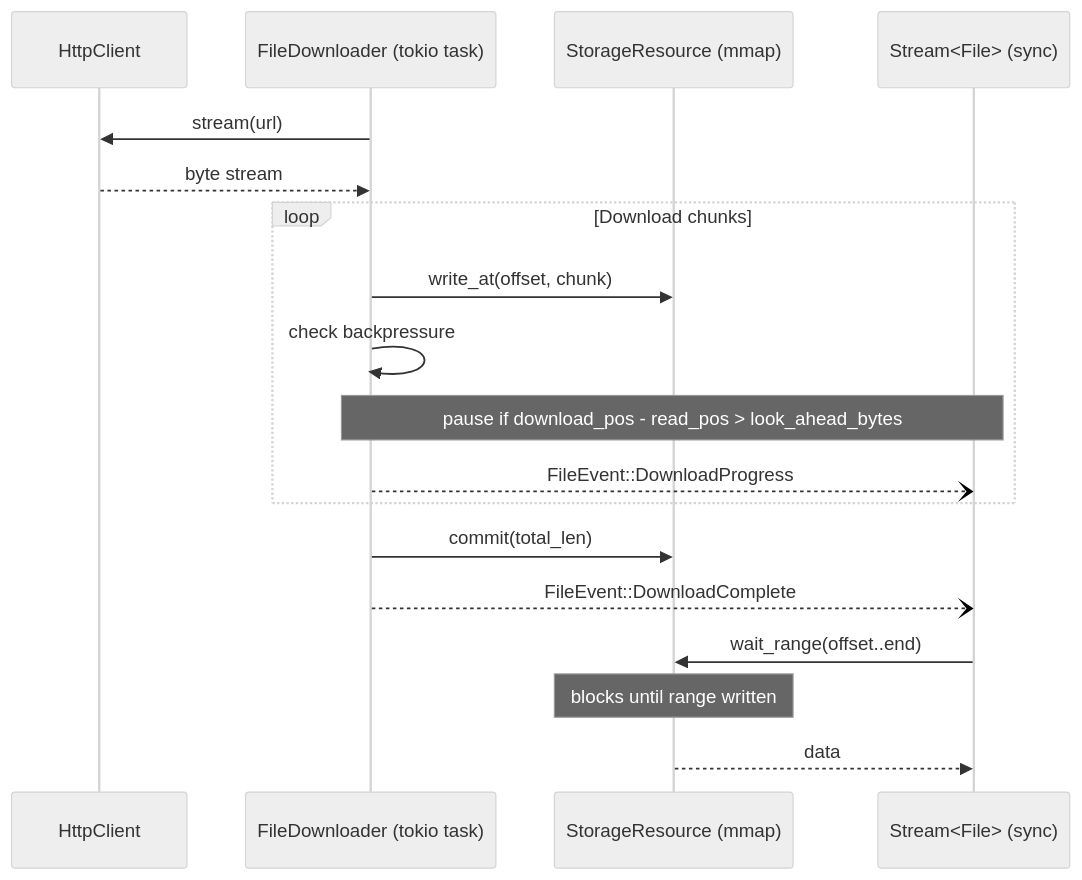
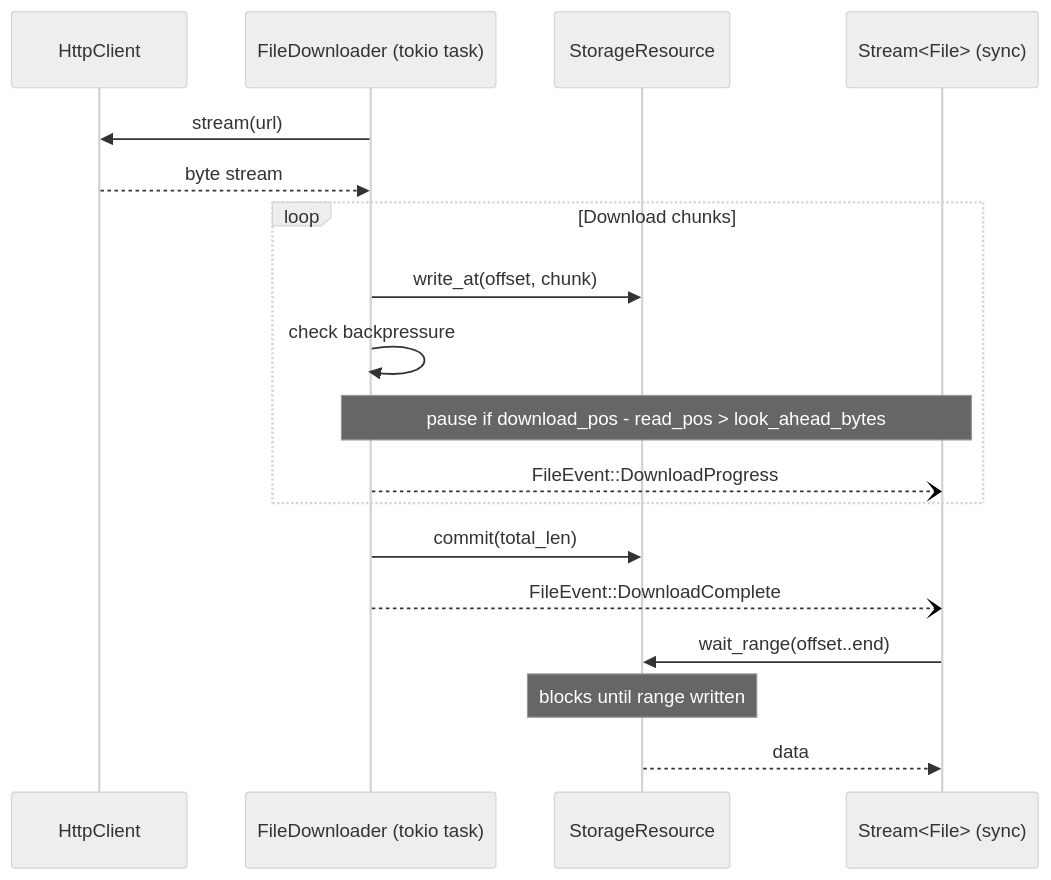
One commit to zvuk/kithara changed the diagram in crates/kithara-file/README.md. Above: the diagram before and after it, drawn with Mermaid (neutral theme). The commit also changed 88 other files, not shown here.

````diff
--- a/crates/kithara-file/README.md
+++ b/crates/kithara-file/README.md
@@ -21,24 +21,24 @@
 ```mermaid
 sequenceDiagram
     participant Net as HttpClient
     participant DL as FileDownloader (tokio task)
-    participant SR as StorageResource (mmap)
+    participant SR as StorageResource
     participant S as Stream<File> (sync)
 
     DL->>Net: stream(url)
     Net-->>DL: byte stream
 
     loop Download chunks
         DL->>SR: write_at(offset, chunk)
         DL->>DL: check backpressure
         Note over DL,S: pause if download_pos - read_pos > look_ahead_bytes
         DL--)S: FileEvent::DownloadProgress
     end
 
     DL->>SR: commit(total_len)
     DL--)S: FileEvent::DownloadComplete
 
     S->>SR: wait_range(offset..end)
     Note over SR: blocks until range written
     SR-->>S: data
 ```
````
